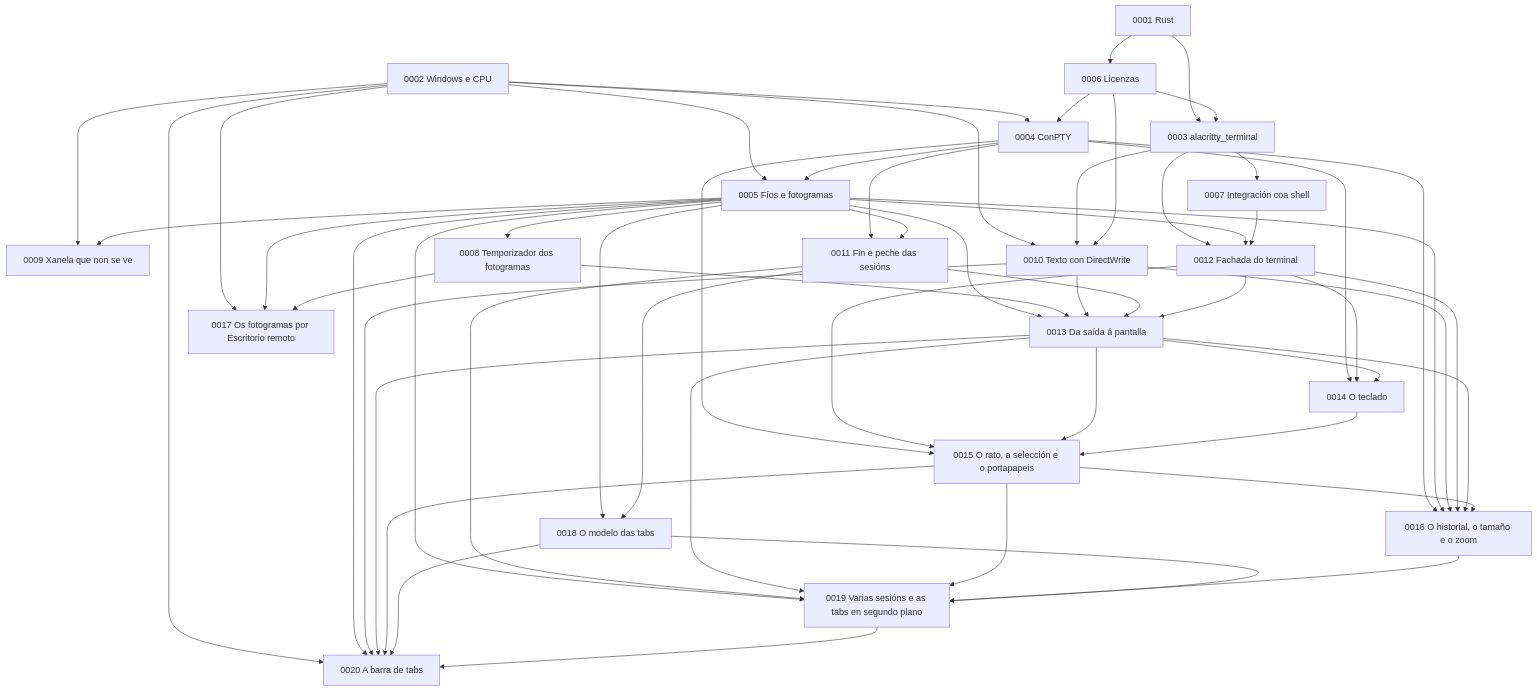
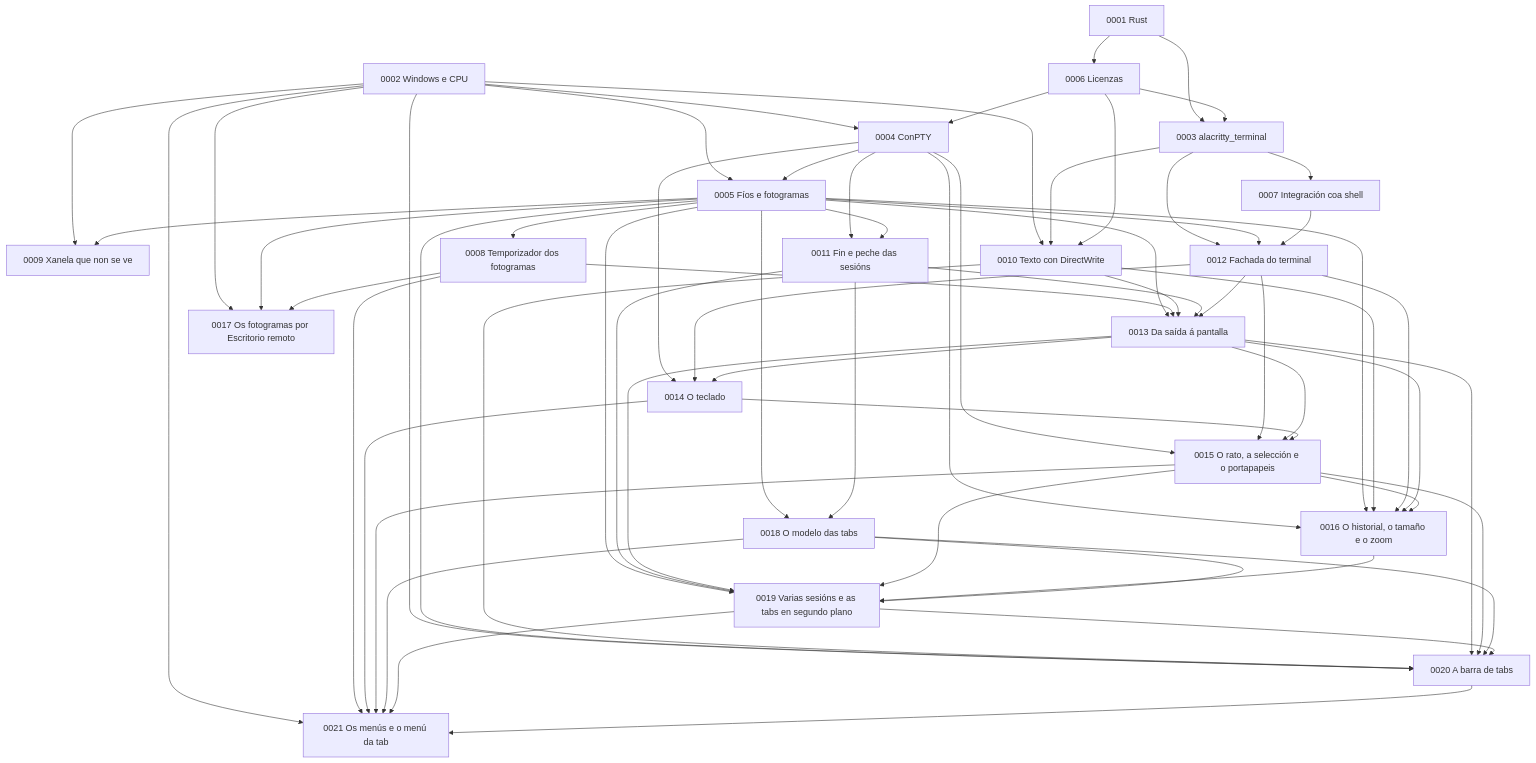
Before and after one commit to NewHouses/meiga: the diagram in docs/adr/README.md, drawn with Mermaid. The commit also changed other lines of this file and 29 other files, not shown here.

````diff
--- a/docs/adr/README.md
+++ b/docs/adr/README.md
@@ -41,58 +42,65 @@
 ```mermaid
 graph TD
     A1["0001 Rust"] --> A3["0003 alacritty_terminal"]
     A1 --> A6["0006 Licenzas"]
     A2["0002 Windows e CPU"] --> A4["0004 ConPTY"]
     A2 --> A5["0005 Fíos e fotogramas"]
     A2 --> A9["0009 Xanela que non se ve"]
     A2 --> A10["0010 Texto con DirectWrite"]
     A3 --> A7["0007 Integración coa shell"]
     A3 --> A10
     A3 --> A12["0012 Fachada do terminal"]
     A4 --> A5
     A4 --> A11["0011 Fin e peche das sesións"]
     A5 --> A8["0008 Temporizador dos fotogramas"]
     A5 --> A9
     A5 --> A11
     A5 --> A12
     A6 --> A3
     A6 --> A4
     A6 --> A10
     A7 --> A12
     A5 --> A13["0013 Da saída á pantalla"]
     A8 --> A13
     A10 --> A13
     A11 --> A13
     A12 --> A13
     A4 --> A14["0014 O teclado"]
     A12 --> A14
     A13 --> A14
     A4 --> A15["0015 O rato, a selección e o portapapeis"]
     A12 --> A15
     A13 --> A15
     A14 --> A15
     A4 --> A16["0016 O historial, o tamaño e o zoom"]
     A5 --> A16
     A10 --> A16
     A12 --> A16
     A13 --> A16
     A15 --> A16
     A2 --> A17["0017 Os fotogramas por Escritorio remoto"]
     A5 --> A17
     A8 --> A17
     A5 --> A18["0018 O modelo das tabs"]
     A11 --> A18
     A5 --> A19["0019 Varias sesións e as tabs en segundo plano"]
     A11 --> A19
     A13 --> A19
     A15 --> A19
     A16 --> A19
     A18 --> A19
     A2 --> A20["0020 A barra de tabs"]
     A5 --> A20
     A10 --> A20
     A13 --> A20
     A15 --> A20
     A18 --> A20
     A19 --> A20
+    A2 --> A21["0021 Os menús e o menú da tab"]
+    A8 --> A21
+    A14 --> A21
+    A15 --> A21
+    A18 --> A21
+    A19 --> A21
+    A20 --> A21
 ```
````
